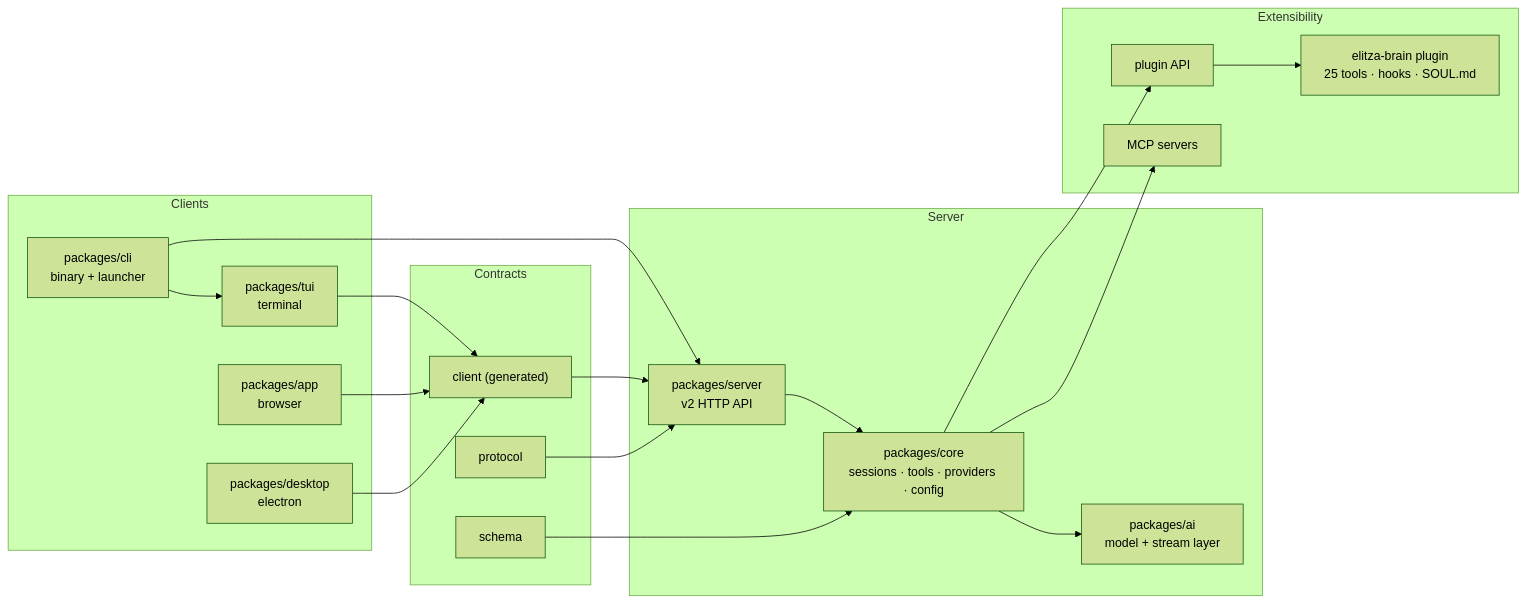
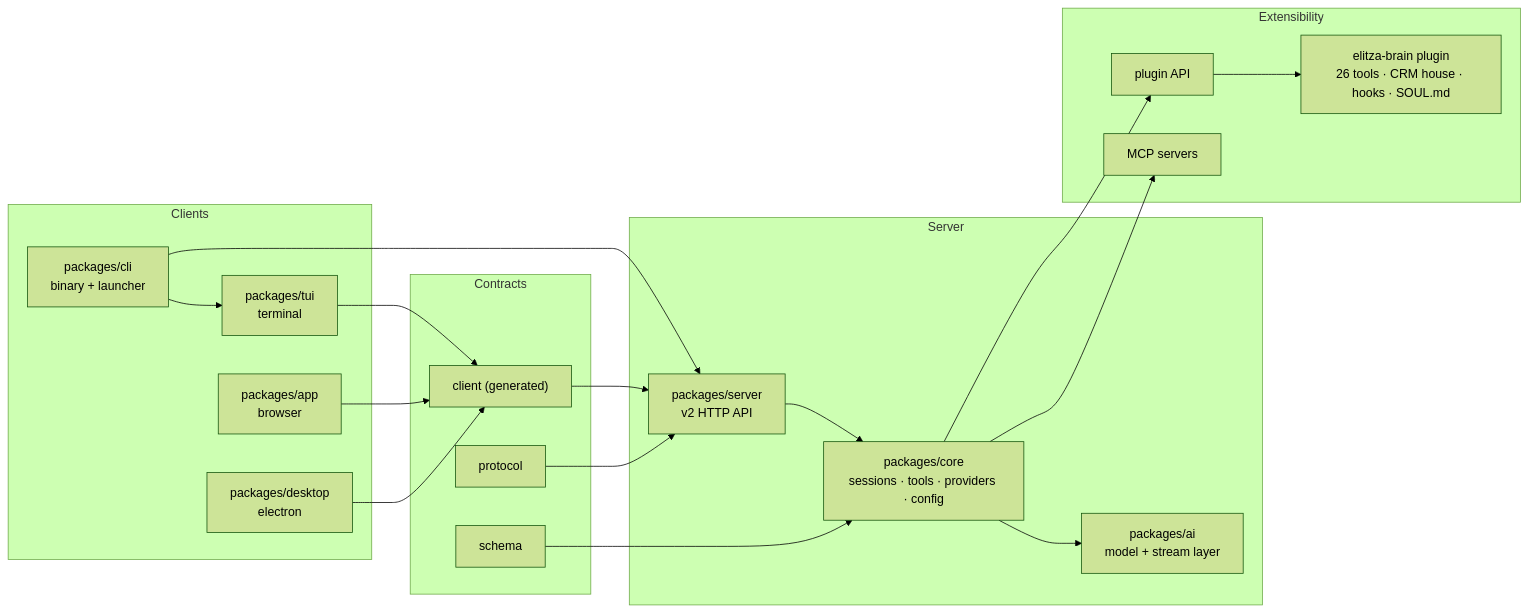
Before and after one commit to dario-cositore/elitza-code: the diagram in README.md, drawn with Mermaid (forest theme). The commit also changed other lines of this file and 6 other files, not shown here.

First line of the commit message:
docs: document the CRM house and today's Elitza surface

````diff
--- a/README.md
+++ b/README.md
@@ -252,41 +258,41 @@
 ```mermaid
 flowchart LR
     subgraph Clients
         TUI["packages/tui<br/>terminal"]
         WEB["packages/app<br/>browser"]
         DESK["packages/desktop<br/>electron"]
         CLI["packages/cli<br/>binary + launcher"]
     end
 
     subgraph Server
         API["packages/server<br/>v2 HTTP API"]
         CORE["packages/core<br/>sessions · tools · providers · config"]
         AI["packages/ai<br/>model + stream layer"]
     end
 
     subgraph Contracts
         SCH["schema"]
         PROTO["protocol"]
         CLIENT["client (generated)"]
     end
 
     subgraph Extensibility
         PLUG["plugin API"]
-        BRAIN["elitza-brain plugin<br/>25 tools · hooks · SOUL.md"]
+        BRAIN["elitza-brain plugin<br/>26 tools · CRM house · hooks · SOUL.md"]
         MCP["MCP servers"]
     end
 
     TUI --> CLIENT
     WEB --> CLIENT
     DESK --> CLIENT
     CLI --> TUI
     CLI --> API
     CLIENT --> API
     API --> CORE
     CORE --> AI
     CORE --> PLUG
     PLUG --> BRAIN
     CORE --> MCP
     SCH --> CORE
     PROTO --> API
 ```
````
